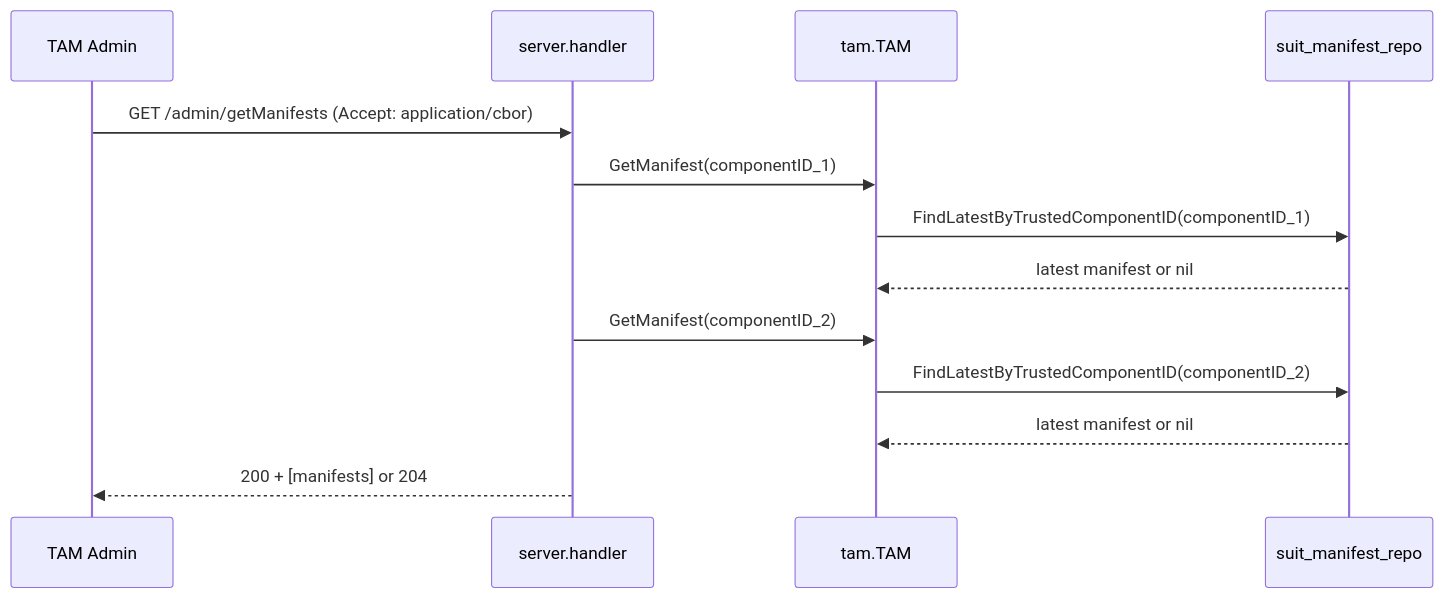
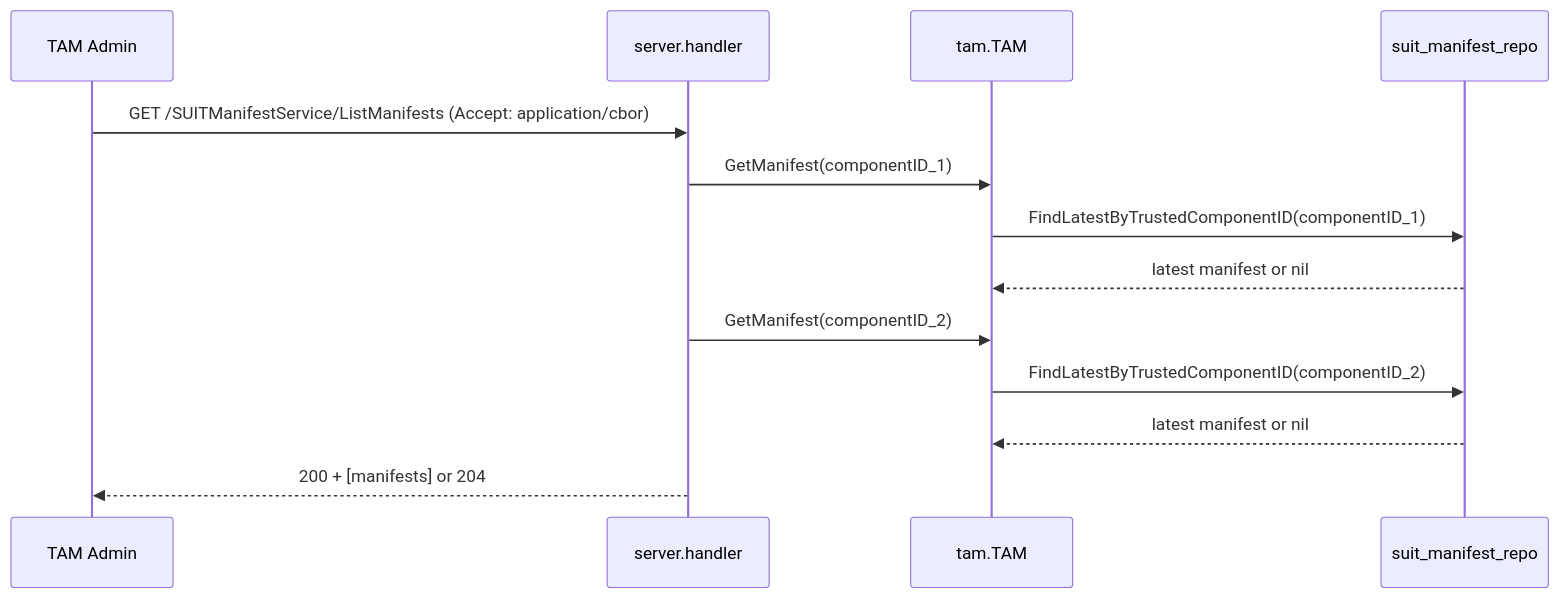
The second of 3 diagrams in doc/TAM_STATUS_SUIT_MANIFEST_STORE.md (kentakayama/AttesTAM), drawn with Mermaid before and after one commit. The commit also changed other lines of this file and 17 other files, not shown here.

````diff
--- a/doc/TAM_STATUS_SUIT_MANIFEST_STORE.md
+++ b/doc/TAM_STATUS_SUIT_MANIFEST_STORE.md
@@ -62,16 +62,16 @@
 ```mermaid
 sequenceDiagram
     participant Admin as TAM Admin
     participant H as server.handler
     participant T as tam.TAM
     participant DB as suit_manifest_repo
 
-    Admin->>H: GET /admin/getManifests (Accept: application/cbor)
+    Admin->>H: GET /SUITManifestService/ListManifests (Accept: application/cbor)
     H->>T: GetManifest(componentID_1)
     T->>DB: FindLatestByTrustedComponentID(componentID_1)
     DB-->>T: latest manifest or nil
     H->>T: GetManifest(componentID_2)
     T->>DB: FindLatestByTrustedComponentID(componentID_2)
     DB-->>T: latest manifest or nil
     H-->>Admin: 200 + [manifests] or 204
 ```
````
